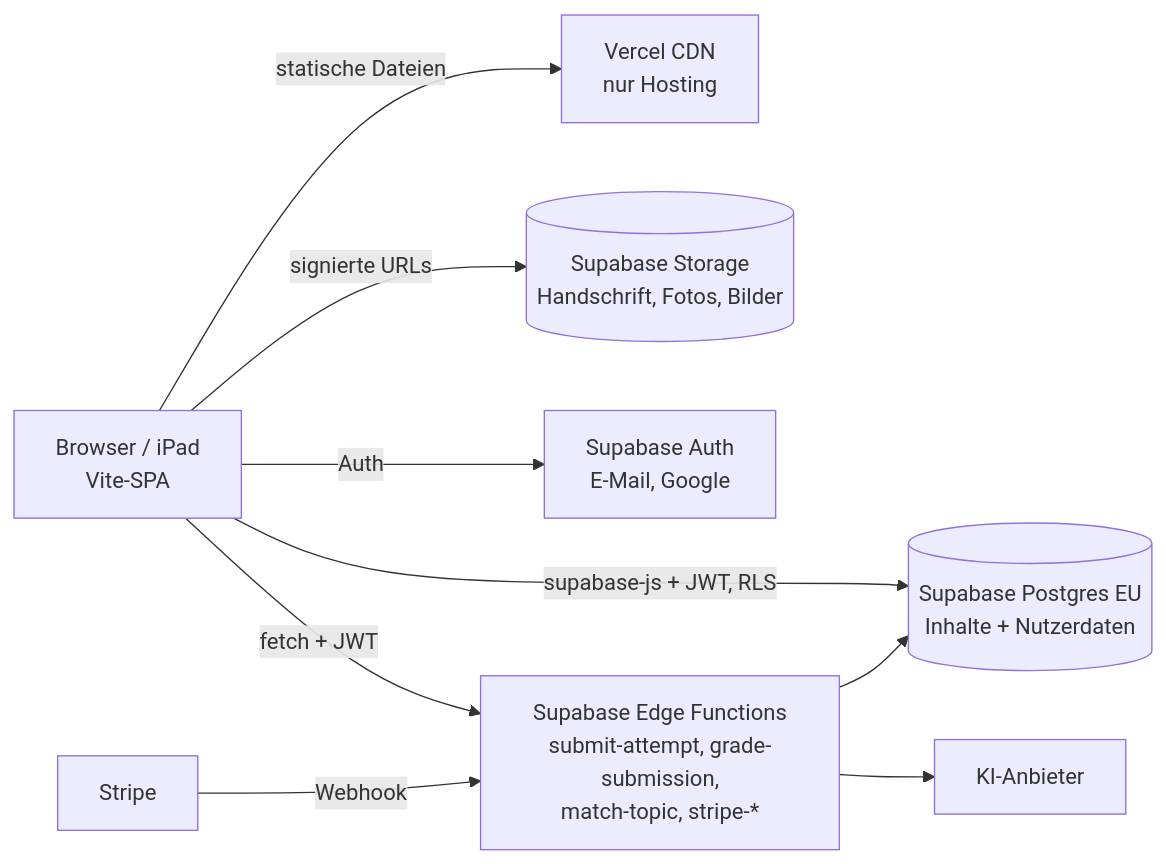
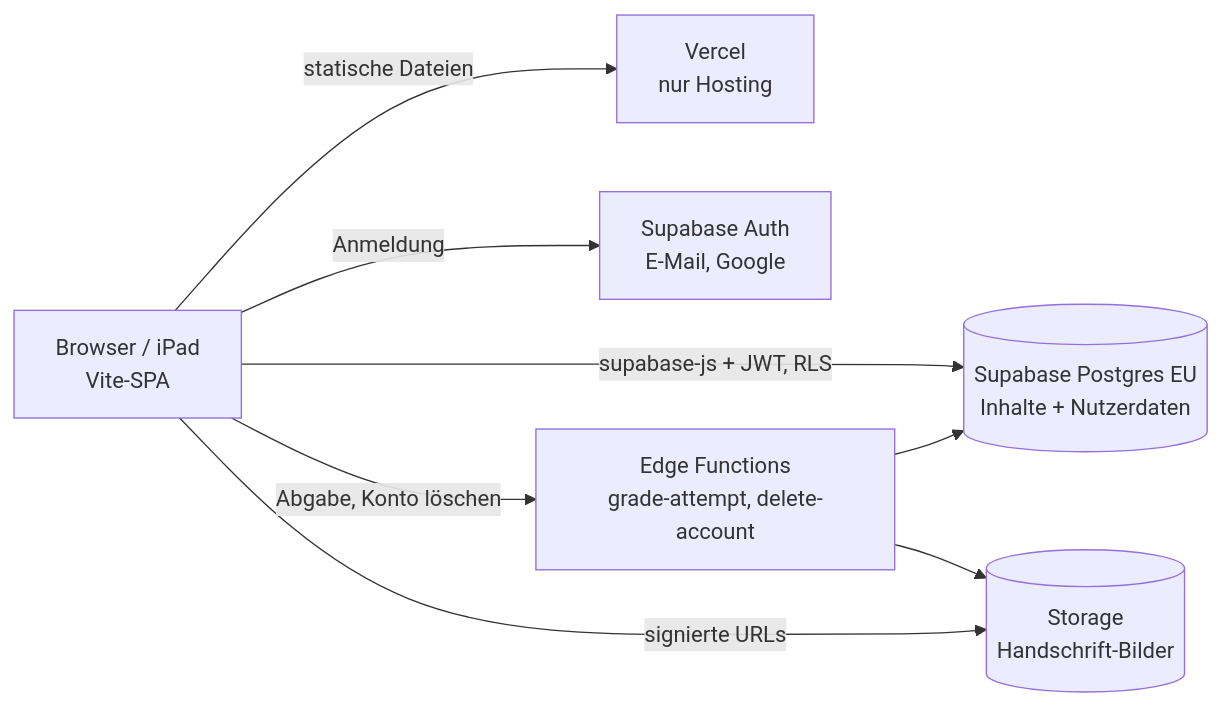
Before and after one commit to momieba/math-tutor: the diagram in ARCHITECTURE.md, drawn with Mermaid. The commit also changed other lines of this file and 75 other files, not shown here.

````diff
--- a/ARCHITECTURE.md
+++ b/ARCHITECTURE.md
@@ -137,11 +6,10 @@
 ```mermaid
 flowchart LR
-  B[Browser / iPad<br/>Vite-SPA] -->|statische Dateien| V[Vercel CDN<br/>nur Hosting]
+  B[Browser / iPad<br/>Vite-SPA] -->|statische Dateien| V[Vercel<br/>nur Hosting]
   B -->|supabase-js + JWT, RLS| PG[(Supabase Postgres EU<br/>Inhalte + Nutzerdaten)]
-  B -->|signierte URLs| ST[(Supabase Storage<br/>Handschrift, Fotos, Bilder)]
-  B -->|Auth| AU[Supabase Auth<br/>E-Mail, Google]
-  B -->|fetch + JWT| EF[Supabase Edge Functions<br/>submit-attempt, grade-submission,<br/>match-topic, stripe-*]
+  B -->|Anmeldung| AU[Supabase Auth<br/>E-Mail, Google]
+  B -->|Abgabe, Konto löschen| EF[Edge Functions<br/>grade-attempt, delete-account]
   EF --> PG
-  EF --> KI[KI-Anbieter]
-  S[Stripe] -->|Webhook| EF
+  EF --> ST[(Storage<br/>Handschrift-Bilder)]
+  B -->|signierte URLs| ST
 ```
````
